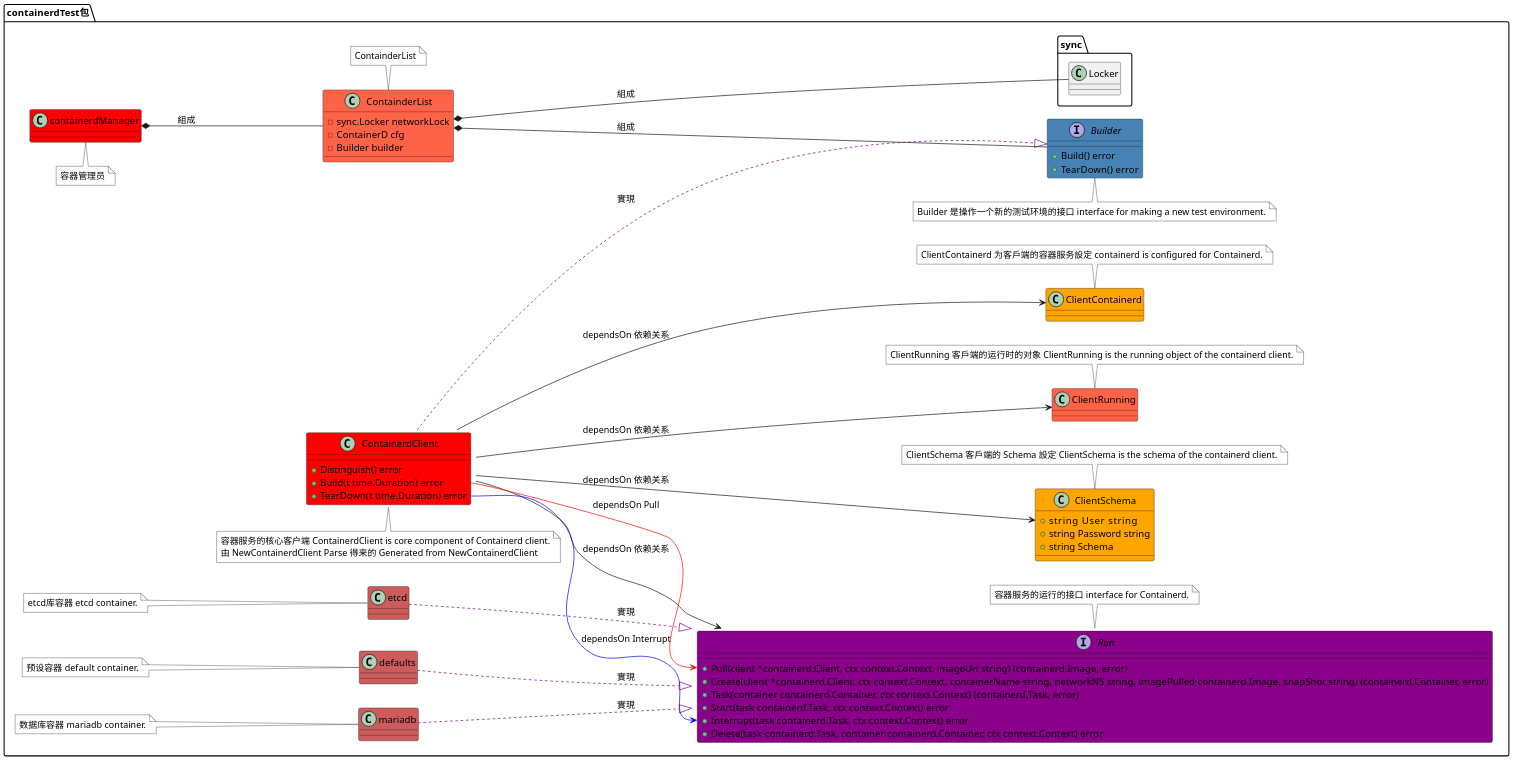
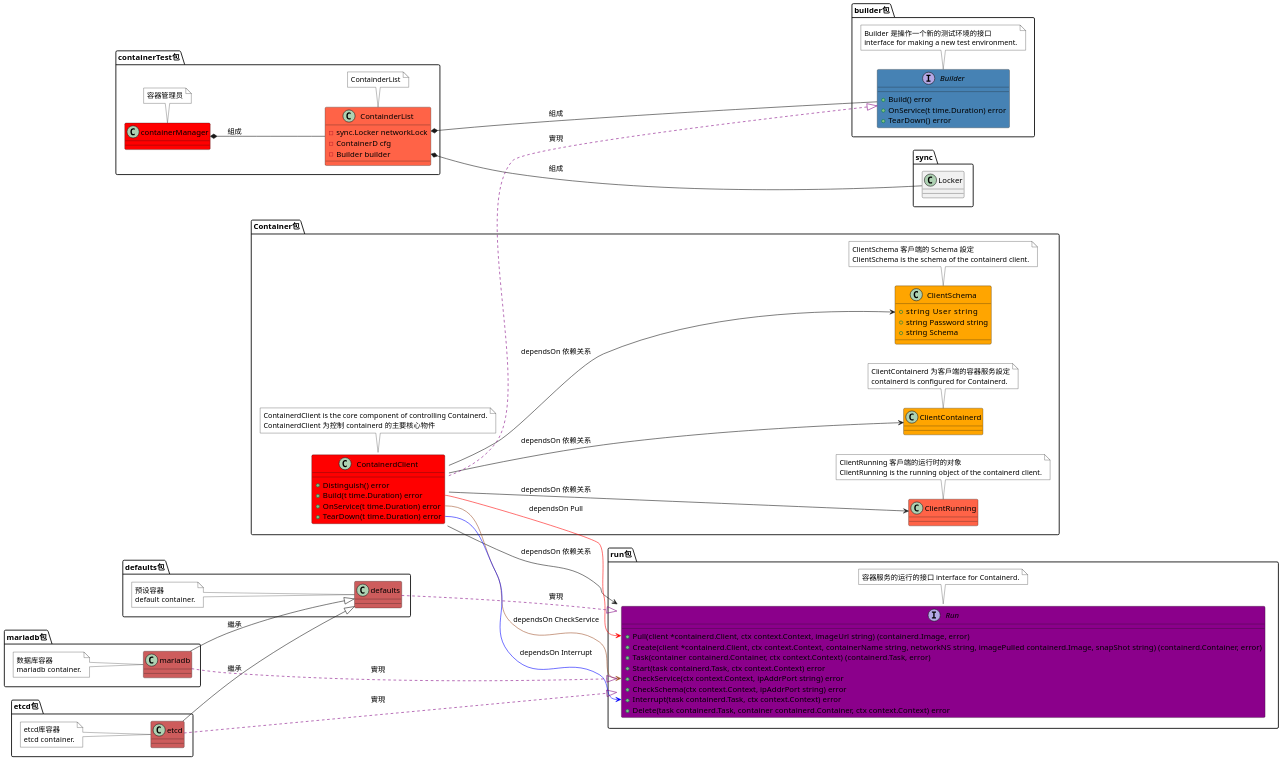
The diagram in util/mocks/containerTest/统一建模语言/类图.puml (panhongrainbow/Gaea), drawn with PlantUML before and after one commit. The commit also changed 19 other files, not shown here.

```diff
--- a/util/mocks/containerTest/统一建模语言/类图.puml
+++ b/util/mocks/containerTest/统一建模语言/类图.puml
@@ -1,153 +1,177 @@
 @startuml
 
 left to right direction
 scale 5000 width
 scale 2000 height
 
 '预设背景的颜色
 skinparam NoteBackgroundColor white
 
 
 '整个 Containerd 运作的类图
 
-package containerdTest包 {
+package containerTest包 {
     '管理员
-    class containerdManager {
+    class containerManager {
     }
-    class containerdManager #back:red
-    note top of containerdManager {
+    class containerManager #back:red
+    note bottom of containerManager {
         容器管理员
     }
 
     class ContainderList {
     	- sync.Locker networkLock
     	- ContainerD cfg
     	- Builder builder
     }
     class ContainderList #back:tomato
     note bottom of ContainderList {
         ContainderList
     }
+    }
 
     '客户端介面
-    interface Builder {
-        + Build() error
-        + TearDown() error
-    }
-    interface Builder #back:steelblue
-    note top of Builder {
-        Builder 是操作一个新的测试环境的接口 interface for making a new test environment.
+    package builder包 {
+        interface Builder {
+            + Build() error
+            + OnService(t time.Duration) error
+            + TearDown() error
+        }
+        interface Builder #back:steelblue
+        note bottom of Builder {
+            Builder 是操作一个新的测试环境的接口
+            interface for making a new test environment.
+        }
     }
 
     '核心类
+    package Container包 {
     class ContainerdClient {
-        + Distinguish() error
-        + Build(t time.Duration) error
-        + TearDown(t time.Duration) error
-    }
-    class ContainerdClient #back:red
-    note top of ContainerdClient {
-        容器服务的核心客户端 ContainerdClient is core component of Containerd client.
-        由 NewContainerdClient Parse 得来的 Generated from NewContainerdClient
-    }
+            + Distinguish() error
+	        + Build(t time.Duration) error
+	        + OnService(t time.Duration) error
+	        + TearDown(t time.Duration) error
+        }
+        class ContainerdClient #back:red
+        note bottom of ContainerdClient {
+            ContainerdClient is the core component of controlling Containerd.
+            ContainerdClient 为控制 containerd 的主要核心物件
+        }
 
     '核心类的设定
 
     '核心类的容器设定
-    class ClientContainerd {
-    }
-    class ClientContainerd #back:orange
-    note bottom of ClientContainerd {
-        ClientContainerd 为客戶端的容器服务設定 containerd is configured for Containerd.
-    }
+        class ClientContainerd {}
+        class ClientContainerd #back:orange
+        note bottom of ClientContainerd {
+            ClientContainerd 为客戶端的容器服务設定
+            containerd is configured for Containerd.
+        }
 
     '核心类的 Schema 设定
-    class ClientSchema {
-        + string User     string
-        + string Password string
-        + string Schema
-    }
-    class ClientSchema #back:orange
-    note bottom of ClientSchema {
-        ClientSchema 客戶端的 Schema 設定 ClientSchema is the schema of the containerd client.
-    }
+        class ClientSchema {
+            + string User     string
+            + string Password string
+            + string Schema
+        }
+        class ClientSchema #back:orange
+        note bottom of ClientSchema {
+            ClientSchema 客戶端的 Schema 設定
+            ClientSchema is the schema of the containerd client.
+        }
 
     '核心类的容器运行时的对象
-    class ClientRunning {
-    }
-    class ClientRunning #back:tomato
-    note bottom of ClientRunning {
-        ClientRunning 客戶端的运行时的对象 ClientRunning is the running object of the containerd client.
+        class ClientRunning {}
+        class ClientRunning #back:tomato
+        note bottom of ClientRunning {
+            ClientRunning 客戶端的运行时的对象
+            ClientRunning is the running object of the containerd client.
+        }
     }
 
     '核心类的执行接口
-    interface Run {
-    	+ Pull(client *containerd.Client, ctx context.Context, imageUrl string) (containerd.Image, error)
-    	+ Create(client *containerd.Client, ctx context.Context, containerName string, networkNS string, imagePulled containerd.Image, snapShot string) (containerd.Container, error)
-    	+ Task(container containerd.Container, ctx context.Context) (containerd.Task, error)
-    	+ Start(task containerd.Task, ctx context.Context) error
-    	+ Interrupt(task containerd.Task, ctx context.Context) error
-    	+ Delete(task containerd.Task, container containerd.Container, ctx context.Context) error
-    }
-    interface Run #back:darkmagenta
-    note bottom of Run {
-        容器服务的运行的接口 interface for Containerd.
+    package run包 {
+        interface Run {
+            + Pull(client *containerd.Client, ctx context.Context, imageUrl string) (containerd.Image, error)
+            + Create(client *containerd.Client, ctx context.Context, containerName string, networkNS string, imagePulled containerd.Image, snapShot string) (containerd.Container, error)
+            + Task(container containerd.Container, ctx context.Context) (containerd.Task, error)
+            + Start(task containerd.Task, ctx context.Context) error
+            + CheckService(ctx context.Context, ipAddrPort string) error
+            + CheckSchema(ctx context.Context, ipAddrPort string) error
+            + Interrupt(task containerd.Task, ctx context.Context) error
+            + Delete(task containerd.Task, container containerd.Container, ctx context.Context) error
+        }
+        interface Run #back:darkmagenta
+        note bottom of Run {
+            容器服务的运行的接口 interface for Containerd.
+        }
     }
 
     '实现执行接口的类
-    class defaults {
-    }
-    class defaults #back:indianred
-    note left of defaults {
-        预设容器 default container.
+    package defaults包 {
+        class defaults {}
+        class defaults #back:indianred
+        note left of defaults {
+            预设容器
+            default container.
+        }
     }
 
-    class mariadb {
-    }
-    class mariadb #back:indianred
-    note left of mariadb {
-        数据库容器 mariadb container.
+    package mariadb包 {
+        class mariadb {}
+        class mariadb #back:indianred
+        note left of mariadb {
+            数据库容器
+            mariadb container.
+        }
     }
 
-    class etcd {
-    }
-    class etcd #back:indianred
-    note left of etcd {
-        etcd库容器 etcd container.
+    package etcd包 {
+        class etcd {}
+        class etcd #back:indianred
+        note left of etcd {
+            etcd库容器
+            etcd container.
+        }
     }
 
     '容器管理员的关联
-    containerdManager *-- ContainderList: 組成
+    containerManager *-- ContainderList: 組成
     ContainderList *-- Builder: 組成
     ContainderList *-- sync.Locker: 組成
 
     '核心类的设定档关连
     ContainerdClient --> ClientContainerd: dependsOn 依赖关系
     ContainerdClient --> ClientSchema: dependsOn 依赖关系
 
     '核心类的执行物件的关连
     ContainerdClient --> ClientRunning: dependsOn 依赖关系
 
     '核心类的执行接口的关连
     ContainerdClient --> Run: dependsOn 依赖关系
 
     '实现执行接口的类的关连
     defaults .[#Purple].|> Run: 實現
     mariadb .[#Purple].|> Run: 實現
     etcd .[#Purple].|> Run: 實現
+    mariadb --|> defaults: 繼承
+    etcd --|> defaults: 繼承
 
     '核心类的执行创建函数的关连
     ContainerdClient::Build -[#Red]-> Run::Pull: dependsOn Pull
     'ContainerdClient::Build -[#Red]-> Run::Create: dependsOn Create
     'ContainerdClient::Build -[#Red]-> Run::Task: dependsOn Task
     'ContainerdClient::Build -[#Red]-> Run::Start: dependsOn Start
 
+    '核心类的执行检函数的关连
+    ContainerdClient::OnService -[#Sienna]-> Run::CheckService: dependsOn CheckService
+    'ContainerdClient::OnService -[#Sienna]-> Run::CheckSchema: dependsOn CheckSchema
+
     '核心类的执行拆除函数的关连
     ContainerdClient::TearDown -[#Blue]-> Run::Interrupt: dependsOn Interrupt
     'ContainerdClient::TearDown -[#Blue]-> Run::Delete: dependsOn Delete
 
     '客户端介面的关连
     ContainerdClient .[#Purple].|> Builder: 實現
-}
 
 @enduml
```
